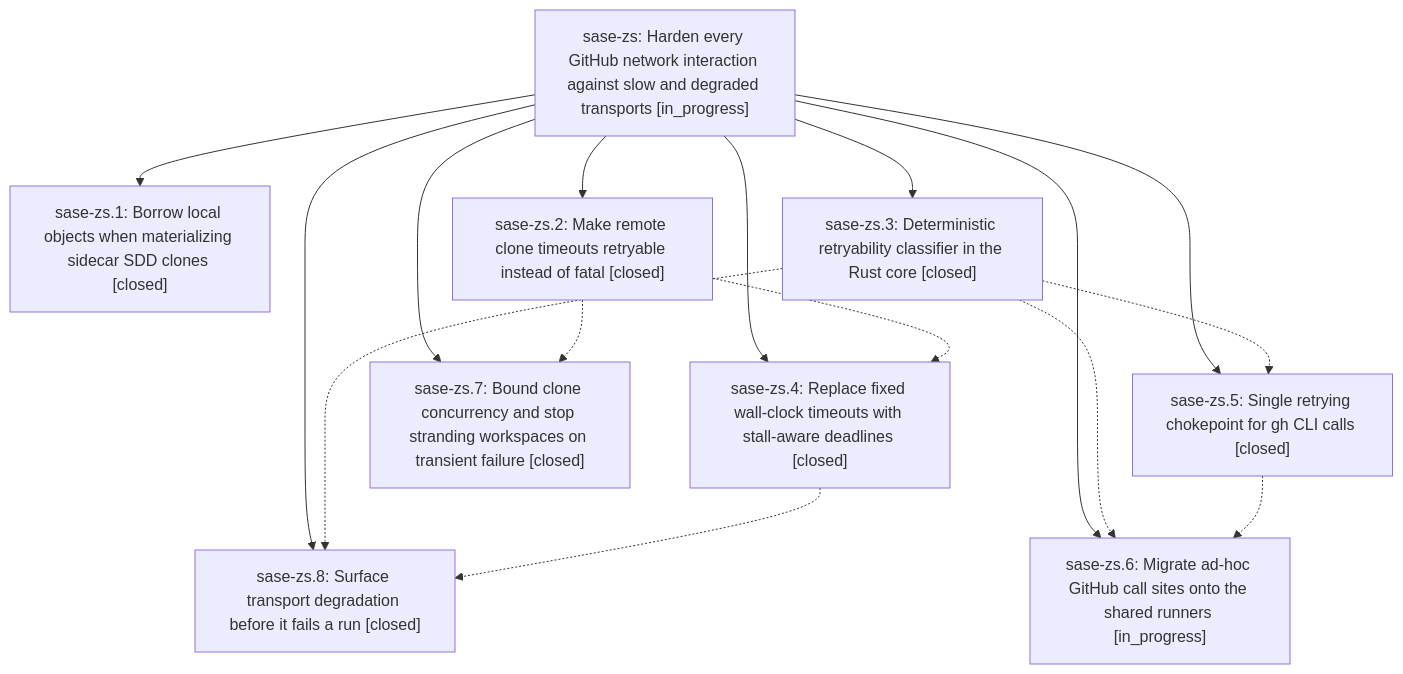
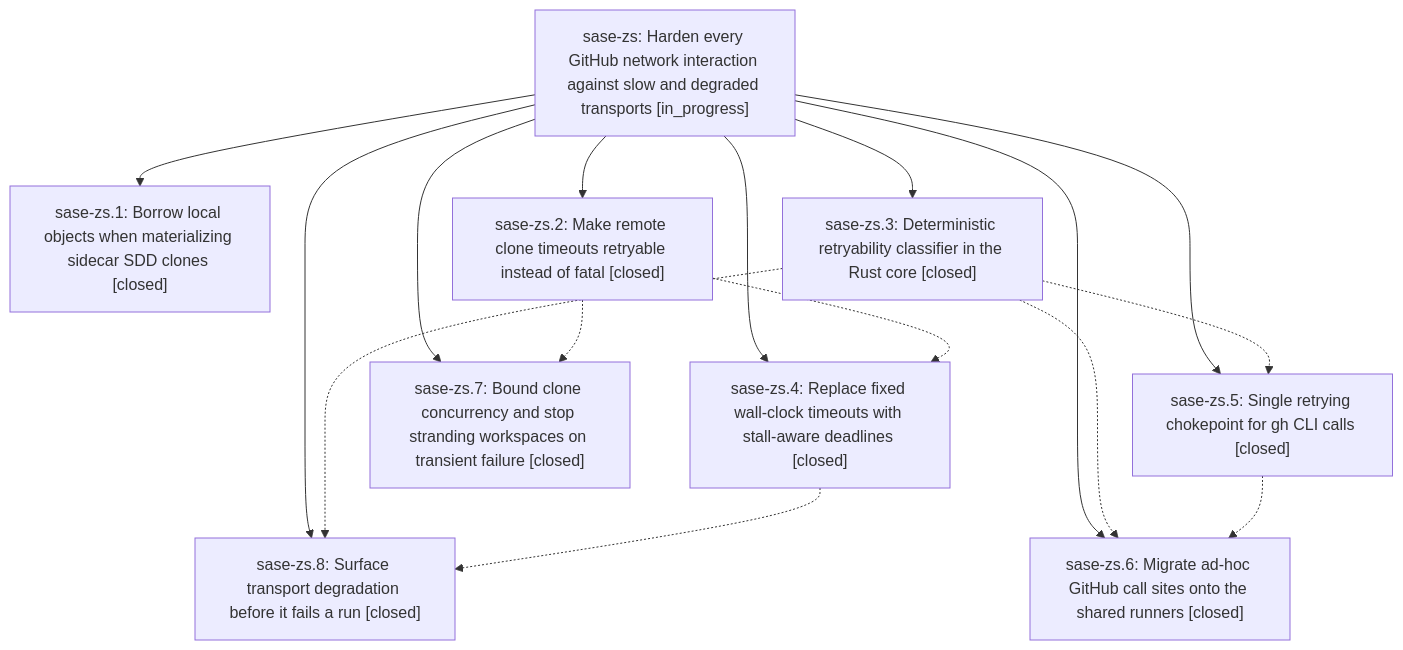
The diagram in pages/sase-zs/README.md (sase-org/sase--beads), drawn with Mermaid before and after one commit. The commit also changed other lines of this file and 3 other files, not shown here.

````diff
--- a/pages/sase-zs/README.md
+++ b/pages/sase-zs/README.md
@@ -29,27 +29,27 @@
 ```mermaid
 flowchart TD
     n0["sase-zs: Harden every GitHub network interaction against slow and degraded transports [in_progress]"]
     n1["sase-zs.1: Borrow local objects when materializing sidecar SDD clones [closed]"]
     n2["sase-zs.2: Make remote clone timeouts retryable instead of fatal [closed]"]
     n3["sase-zs.3: Deterministic retryability classifier in the Rust core [closed]"]
     n4["sase-zs.4: Replace fixed wall-clock timeouts with stall-aware deadlines [closed]"]
     n5["sase-zs.5: Single retrying chokepoint for gh CLI calls [closed]"]
-    n6["sase-zs.6: Migrate ad-hoc GitHub call sites onto the shared runners [in_progress]"]
+    n6["sase-zs.6: Migrate ad-hoc GitHub call sites onto the shared runners [closed]"]
     n7["sase-zs.7: Bound clone concurrency and stop stranding workspaces on transient failure [closed]"]
     n8["sase-zs.8: Surface transport degradation before it fails a run [closed]"]
     n0 --> n1
     n0 --> n2
     n0 --> n3
     n0 --> n4
     n0 --> n5
     n0 --> n6
     n0 --> n7
     n0 --> n8
     n2 -.-> n4
     n2 -.-> n7
     n3 -.-> n5
     n3 -.-> n6
     n3 -.-> n8
     n4 -.-> n8
     n5 -.-> n6
 ```
````
